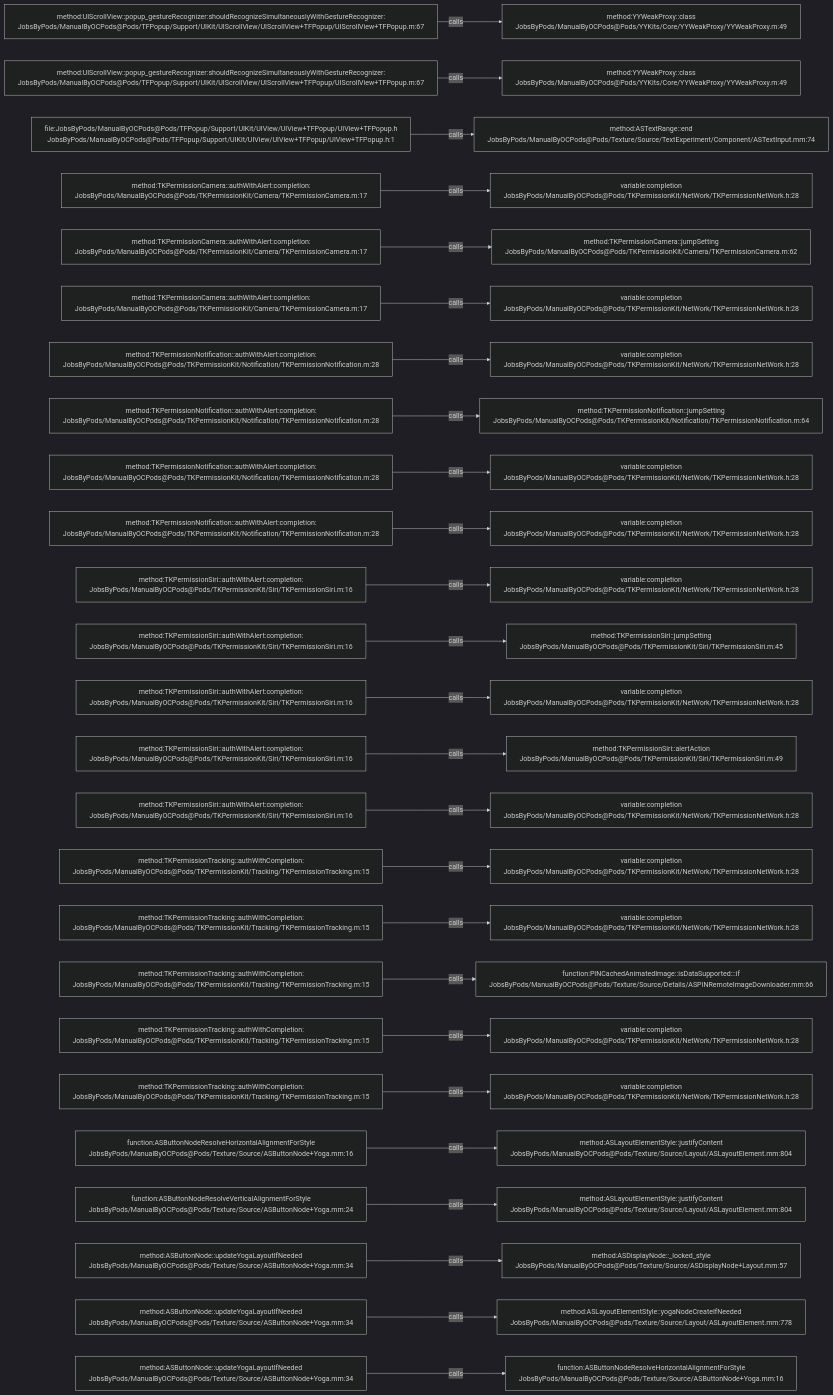
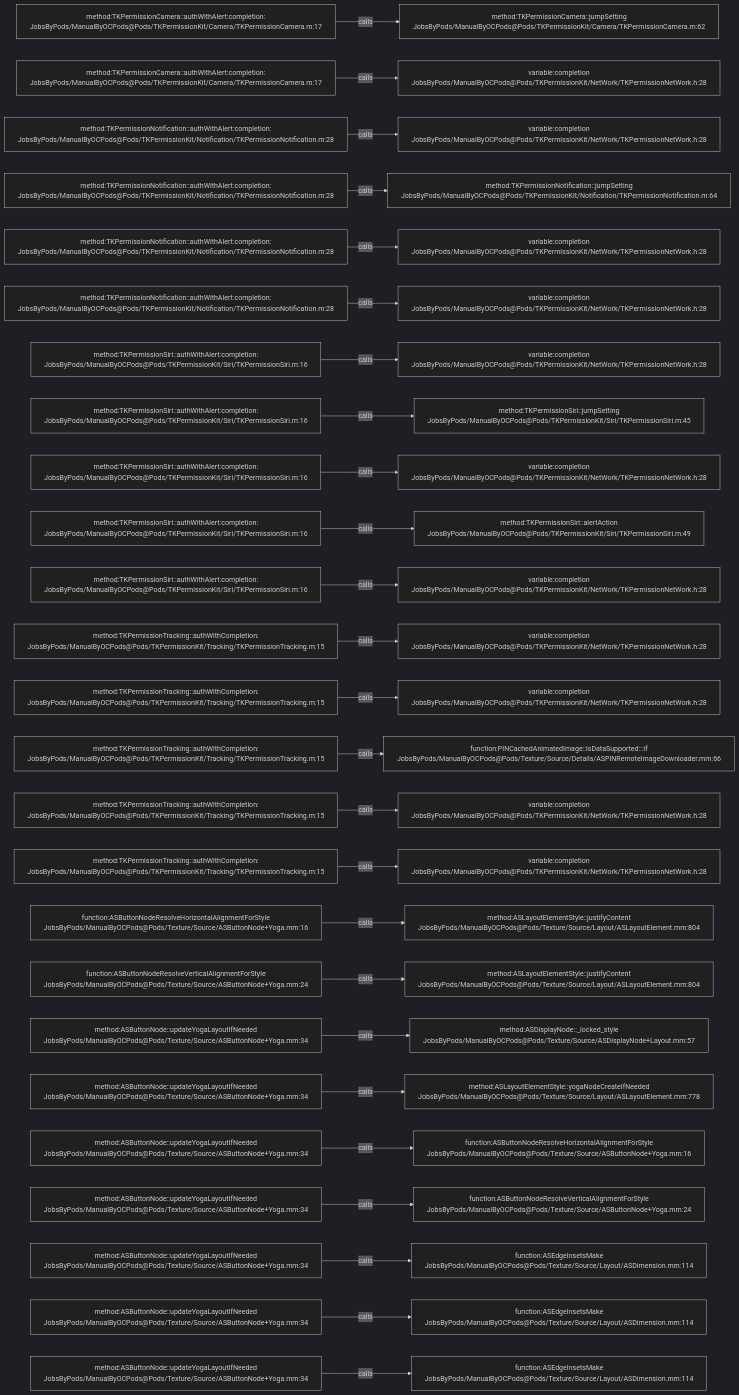
Before and after one commit to JobsKits/JobsOCBaseConfigDemo: the diagram in .codegraph/codegraph.md/graphs/calls-068.md, drawn with Mermaid (dark theme). The commit also changed 727 other files, not shown here.

````diff
--- a/.codegraph/codegraph.md/graphs/calls-068.md
+++ b/.codegraph/codegraph.md/graphs/calls-068.md
@@ -13,78 +13,78 @@
 ```mermaid
 flowchart LR
-  S1["method:UIScrollView::popup_gestureRecognizer:shouldRecognizeSimultaneouslyWithGestureRecognizer:<br/>JobsByPods/ManualByOCPods@Pods/TFPopup/Support/UIKit/UIScrollView/UIScrollView+TFPopup/UIScrollView+TFPopup.m:67"]
-  T1["method:YYWeakProxy::class<br/>JobsByPods/ManualByOCPods@Pods/YYKits/Core/YYWeakProxy/YYWeakProxy.m:49"]
+  S1["method:TKPermissionCamera::authWithAlert:completion:<br/>JobsByPods/ManualByOCPods@Pods/TKPermissionKit/Camera/TKPermissionCamera.m:17"]
+  T1["method:TKPermissionCamera::jumpSetting<br/>JobsByPods/ManualByOCPods@Pods/TKPermissionKit/Camera/TKPermissionCamera.m:62"]
   S1 -->|calls| T1
-  S2["method:UIScrollView::popup_gestureRecognizer:shouldRecognizeSimultaneouslyWithGestureRecognizer:<br/>JobsByPods/ManualByOCPods@Pods/TFPopup/Support/UIKit/UIScrollView/UIScrollView+TFPopup/UIScrollView+TFPopup.m:67"]
-  T2["method:YYWeakProxy::class<br/>JobsByPods/ManualByOCPods@Pods/YYKits/Core/YYWeakProxy/YYWeakProxy.m:49"]
+  S2["method:TKPermissionCamera::authWithAlert:completion:<br/>JobsByPods/ManualByOCPods@Pods/TKPermissionKit/Camera/TKPermissionCamera.m:17"]
+  T2["variable:completion<br/>JobsByPods/ManualByOCPods@Pods/TKPermissionKit/NetWork/TKPermissionNetWork.h:28"]
   S2 -->|calls| T2
-  S3["file:JobsByPods/ManualByOCPods@Pods/TFPopup/Support/UIKit/UIView/UIView+TFPopup/UIView+TFPopup.h<br/>JobsByPods/ManualByOCPods@Pods/TFPopup/Support/UIKit/UIView/UIView+TFPopup/UIView+TFPopup.h:1"]
-  T3["method:ASTextRange::end<br/>JobsByPods/ManualByOCPods@Pods/Texture/Source/TextExperiment/Component/ASTextInput.mm:74"]
+  S3["method:TKPermissionNotification::authWithAlert:completion:<br/>JobsByPods/ManualByOCPods@Pods/TKPermissionKit/Notification/TKPermissionNotification.m:28"]
+  T3["variable:completion<br/>JobsByPods/ManualByOCPods@Pods/TKPermissionKit/NetWork/TKPermissionNetWork.h:28"]
   S3 -->|calls| T3
-  S4["method:TKPermissionCamera::authWithAlert:completion:<br/>JobsByPods/ManualByOCPods@Pods/TKPermissionKit/Camera/TKPermissionCamera.m:17"]
-  T4["variable:completion<br/>JobsByPods/ManualByOCPods@Pods/TKPermissionKit/NetWork/TKPermissionNetWork.h:28"]
+  S4["method:TKPermissionNotification::authWithAlert:completion:<br/>JobsByPods/ManualByOCPods@Pods/TKPermissionKit/Notification/TKPermissionNotification.m:28"]
+  T4["method:TKPermissionNotification::jumpSetting<br/>JobsByPods/ManualByOCPods@Pods/TKPermissionKit/Notification/TKPermissionNotification.m:64"]
   S4 -->|calls| T4
-  S5["method:TKPermissionCamera::authWithAlert:completion:<br/>JobsByPods/ManualByOCPods@Pods/TKPermissionKit/Camera/TKPermissionCamera.m:17"]
-  T5["method:TKPermissionCamera::jumpSetting<br/>JobsByPods/ManualByOCPods@Pods/TKPermissionKit/Camera/TKPermissionCamera.m:62"]
+  S5["method:TKPermissionNotification::authWithAlert:completion:<br/>JobsByPods/ManualByOCPods@Pods/TKPermissionKit/Notification/TKPermissionNotification.m:28"]
+  T5["variable:completion<br/>JobsByPods/ManualByOCPods@Pods/TKPermissionKit/NetWork/TKPermissionNetWork.h:28"]
   S5 -->|calls| T5
-  S6["method:TKPermissionCamera::authWithAlert:completion:<br/>JobsByPods/ManualByOCPods@Pods/TKPermissionKit/Camera/TKPermissionCamera.m:17"]
+  S6["method:TKPermissionNotification::authWithAlert:completion:<br/>JobsByPods/ManualByOCPods@Pods/TKPermissionKit/Notification/TKPermissionNotification.m:28"]
   T6["variable:completion<br/>JobsByPods/ManualByOCPods@Pods/TKPermissionKit/NetWork/TKPermissionNetWork.h:28"]
   S6 -->|calls| T6
-  S7["method:TKPermissionNotification::authWithAlert:completion:<br/>JobsByPods/ManualByOCPods@Pods/TKPermissionKit/Notification/TKPermissionNotification.m:28"]
+  S7["method:TKPermissionSiri::authWithAlert:completion:<br/>JobsByPods/ManualByOCPods@Pods/TKPermissionKit/Siri/TKPermissionSiri.m:16"]
   T7["variable:completion<br/>JobsByPods/ManualByOCPods@Pods/TKPermissionKit/NetWork/TKPermissionNetWork.h:28"]
   S7 -->|calls| T7
-  S8["method:TKPermissionNotification::authWithAlert:completion:<br/>JobsByPods/ManualByOCPods@Pods/TKPermissionKit/Notification/TKPermissionNotification.m:28"]
-  T8["method:TKPermissionNotification::jumpSetting<br/>JobsByPods/ManualByOCPods@Pods/TKPermissionKit/Notification/TKPermissionNotification.m:64"]
+  S8["method:TKPermissionSiri::authWithAlert:completion:<br/>JobsByPods/ManualByOCPods@Pods/TKPermissionKit/Siri/TKPermissionSiri.m:16"]
+  T8["method:TKPermissionSiri::jumpSetting<br/>JobsByPods/ManualByOCPods@Pods/TKPermissionKit/Siri/TKPermissionSiri.m:45"]
   S8 -->|calls| T8
-  S9["method:TKPermissionNotification::authWithAlert:completion:<br/>JobsByPods/ManualByOCPods@Pods/TKPermissionKit/Notification/TKPermissionNotification.m:28"]
+  S9["method:TKPermissionSiri::authWithAlert:completion:<br/>JobsByPods/ManualByOCPods@Pods/TKPermissionKit/Siri/TKPermissionSiri.m:16"]
   T9["variable:completion<br/>JobsByPods/ManualByOCPods@Pods/TKPermissionKit/NetWork/TKPermissionNetWork.h:28"]
   S9 -->|calls| T9
-  S10["method:TKPermissionNotification::authWithAlert:completion:<br/>JobsByPods/ManualByOCPods@Pods/TKPermissionKit/Notification/TKPermissionNotification.m:28"]
-  T10["variable:completion<br/>JobsByPods/ManualByOCPods@Pods/TKPermissionKit/NetWork/TKPermissionNetWork.h:28"]
+  S10["method:TKPermissionSiri::authWithAlert:completion:<br/>JobsByPods/ManualByOCPods@Pods/TKPermissionKit/Siri/TKPermissionSiri.m:16"]
+  T10["method:TKPermissionSiri::alertAction<br/>JobsByPods/ManualByOCPods@Pods/TKPermissionKit/Siri/TKPermissionSiri.m:49"]
   S10 -->|calls| T10
   S11["method:TKPermissionSiri::authWithAlert:completion:<br/>JobsByPods/ManualByOCPods@Pods/TKPermissionKit/Siri/TKPermissionSiri.m:16"]
   T11["variable:completion<br/>JobsByPods/ManualByOCPods@Pods/TKPermissionKit/NetWork/TKPermissionNetWork.h:28"]
   S11 -->|calls| T11
-  S12["method:TKPermissionSiri::authWithAlert:completion:<br/>JobsByPods/ManualByOCPods@Pods/TKPermissionKit/Siri/TKPermissionSiri.m:16"]
-  T12["method:TKPermissionSiri::jumpSetting<br/>JobsByPods/ManualByOCPods@Pods/TKPermissionKit/Siri/TKPermissionSiri.m:45"]
+  S12["method:TKPermissionTracking::authWithCompletion:<br/>JobsByPods/ManualByOCPods@Pods/TKPermissionKit/Tracking/TKPermissionTracking.m:15"]
+  T12["variable:completion<br/>JobsByPods/ManualByOCPods@Pods/TKPermissionKit/NetWork/TKPermissionNetWork.h:28"]
   S12 -->|calls| T12
-  S13["method:TKPermissionSiri::authWithAlert:completion:<br/>JobsByPods/ManualByOCPods@Pods/TKPermissionKit/Siri/TKPermissionSiri.m:16"]
+  S13["method:TKPermissionTracking::authWithCompletion:<br/>JobsByPods/ManualByOCPods@Pods/TKPermissionKit/Tracking/TKPermissionTracking.m:15"]
   T13["variable:completion<br/>JobsByPods/ManualByOCPods@Pods/TKPermissionKit/NetWork/TKPermissionNetWork.h:28"]
   S13 -->|calls| T13
-  S14["method:TKPermissionSiri::authWithAlert:completion:<br/>JobsByPods/ManualByOCPods@Pods/TKPermissionKit/Siri/TKPermissionSiri.m:16"]
-  T14["method:TKPermissionSiri::alertAction<br/>JobsByPods/ManualByOCPods@Pods/TKPermissionKit/Siri/TKPermissionSiri.m:49"]
+  S14["method:TKPermissionTracking::authWithCompletion:<br/>JobsByPods/ManualByOCPods@Pods/TKPermissionKit/Tracking/TKPermissionTracking.m:15"]
+  T14["function:PINCachedAnimatedImage::isDataSupported:::if<br/>JobsByPods/ManualByOCPods@Pods/Texture/Source/Details/ASPINRemoteImageDownloader.mm:66"]
   S14 -->|calls| T14
-  S15["method:TKPermissionSiri::authWithAlert:completion:<br/>JobsByPods/ManualByOCPods@Pods/TKPermissionKit/Siri/TKPermissionSiri.m:16"]
+  S15["method:TKPermissionTracking::authWithCompletion:<br/>JobsByPods/ManualByOCPods@Pods/TKPermissionKit/Tracking/TKPermissionTracking.m:15"]
   T15["variable:completion<br/>JobsByPods/ManualByOCPods@Pods/TKPermissionKit/NetWork/TKPermissionNetWork.h:28"]
   S15 -->|calls| T15
   S16["method:TKPermissionTracking::authWithCompletion:<br/>JobsByPods/ManualByOCPods@Pods/TKPermissionKit/Tracking/TKPermissionTracking.m:15"]
   T16["variable:completion<br/>JobsByPods/ManualByOCPods@Pods/TKPermissionKit/NetWork/TKPermissionNetWork.h:28"]
   S16 -->|calls| T16
-  S17["method:TKPermissionTracking::authWithCompletion:<br/>JobsByPods/ManualByOCPods@Pods/TKPermissionKit/Tracking/TKPermissionTracking.m:15"]
-  T17["variable:completion<br/>JobsByPods/ManualByOCPods@Pods/TKPermissionKit/NetWork/TKPermissionNetWork.h:28"]
+  S17["function:ASButtonNodeResolveHorizontalAlignmentForStyle<br/>JobsByPods/ManualByOCPods@Pods/Texture/Source/ASButtonNode+Yoga.mm:16"]
+  T17["method:ASLayoutElementStyle::justifyContent<br/>JobsByPods/ManualByOCPods@Pods/Texture/Source/Layout/ASLayoutElement.mm:804"]
   S17 -->|calls| T17
-  S18["method:TKPermissionTracking::authWithCompletion:<br/>JobsByPods/ManualByOCPods@Pods/TKPermissionKit/Tracking/TKPermissionTracking.m:15"]
-  T18["function:PINCachedAnimatedImage::isDataSupported:::if<br/>JobsByPods/ManualByOCPods@Pods/Texture/Source/Details/ASPINRemoteImageDownloader.mm:66"]
+  S18["function:ASButtonNodeResolveVerticalAlignmentForStyle<br/>JobsByPods/ManualByOCPods@Pods/Texture/Source/ASButtonNode+Yoga.mm:24"]
+  T18["method:ASLayoutElementStyle::justifyContent<br/>JobsByPods/ManualByOCPods@Pods/Texture/Source/Layout/ASLayoutElement.mm:804"]
   S18 -->|calls| T18
-  S19["method:TKPermissionTracking::authWithCompletion:<br/>JobsByPods/ManualByOCPods@Pods/TKPermissionKit/Tracking/TKPermissionTracking.m:15"]
-  T19["variable:completion<br/>JobsByPods/ManualByOCPods@Pods/TKPermissionKit/NetWork/TKPermissionNetWork.h:28"]
+  S19["method:ASButtonNode::updateYogaLayoutIfNeeded<br/>JobsByPods/ManualByOCPods@Pods/Texture/Source/ASButtonNode+Yoga.mm:34"]
+  T19["method:ASDisplayNode::_locked_style<br/>JobsByPods/ManualByOCPods@Pods/Texture/Source/ASDisplayNode+Layout.mm:57"]
   S19 -->|calls| T19
-  S20["method:TKPermissionTracking::authWithCompletion:<br/>JobsByPods/ManualByOCPods@Pods/TKPermissionKit/Tracking/TKPermissionTracking.m:15"]
-  T20["variable:completion<br/>JobsByPods/ManualByOCPods@Pods/TKPermissionKit/NetWork/TKPermissionNetWork.h:28"]
+  S20["method:ASButtonNode::updateYogaLayoutIfNeeded<br/>JobsByPods/ManualByOCPods@Pods/Texture/Source/ASButtonNode+Yoga.mm:34"]
+  T20["method:ASLayoutElementStyle::yogaNodeCreateIfNeeded<br/>JobsByPods/ManualByOCPods@Pods/Texture/Source/Layout/ASLayoutElement.mm:778"]
   S20 -->|calls| T20
-  S21["function:ASButtonNodeResolveHorizontalAlignmentForStyle<br/>JobsByPods/ManualByOCPods@Pods/Texture/Source/ASButtonNode+Yoga.mm:16"]
-  T21["method:ASLayoutElementStyle::justifyContent<br/>JobsByPods/ManualByOCPods@Pods/Texture/Source/Layout/ASLayoutElement.mm:804"]
+  S21["method:ASButtonNode::updateYogaLayoutIfNeeded<br/>JobsByPods/ManualByOCPods@Pods/Texture/Source/ASButtonNode+Yoga.mm:34"]
+  T21["function:ASButtonNodeResolveHorizontalAlignmentForStyle<br/>JobsByPods/ManualByOCPods@Pods/Texture/Source/ASButtonNode+Yoga.mm:16"]
   S21 -->|calls| T21
-  S22["function:ASButtonNodeResolveVerticalAlignmentForStyle<br/>JobsByPods/ManualByOCPods@Pods/Texture/Source/ASButtonNode+Yoga.mm:24"]
-  T22["method:ASLayoutElementStyle::justifyContent<br/>JobsByPods/ManualByOCPods@Pods/Texture/Source/Layout/ASLayoutElement.mm:804"]
+  S22["method:ASButtonNode::updateYogaLayoutIfNeeded<br/>JobsByPods/ManualByOCPods@Pods/Texture/Source/ASButtonNode+Yoga.mm:34"]
+  T22["function:ASButtonNodeResolveVerticalAlignmentForStyle<br/>JobsByPods/ManualByOCPods@Pods/Texture/Source/ASButtonNode+Yoga.mm:24"]
   S22 -->|calls| T22
   S23["method:ASButtonNode::updateYogaLayoutIfNeeded<br/>JobsByPods/ManualByOCPods@Pods/Texture/Source/ASButtonNode+Yoga.mm:34"]
-  T23["method:ASDisplayNode::_locked_style<br/>JobsByPods/ManualByOCPods@Pods/Texture/Source/ASDisplayNode+Layout.mm:57"]
+  T23["function:ASEdgeInsetsMake<br/>JobsByPods/ManualByOCPods@Pods/Texture/Source/Layout/ASDimension.mm:114"]
   S23 -->|calls| T23
   S24["method:ASButtonNode::updateYogaLayoutIfNeeded<br/>JobsByPods/ManualByOCPods@Pods/Texture/Source/ASButtonNode+Yoga.mm:34"]
-  T24["method:ASLayoutElementStyle::yogaNodeCreateIfNeeded<br/>JobsByPods/ManualByOCPods@Pods/Texture/Source/Layout/ASLayoutElement.mm:778"]
+  T24["function:ASEdgeInsetsMake<br/>JobsByPods/ManualByOCPods@Pods/Texture/Source/Layout/ASDimension.mm:114"]
   S24 -->|calls| T24
   S25["method:ASButtonNode::updateYogaLayoutIfNeeded<br/>JobsByPods/ManualByOCPods@Pods/Texture/Source/ASButtonNode+Yoga.mm:34"]
-  T25["function:ASButtonNodeResolveHorizontalAlignmentForStyle<br/>JobsByPods/ManualByOCPods@Pods/Texture/Source/ASButtonNode+Yoga.mm:16"]
+  T25["function:ASEdgeInsetsMake<br/>JobsByPods/ManualByOCPods@Pods/Texture/Source/Layout/ASDimension.mm:114"]
   S25 -->|calls| T25
 ```
````
